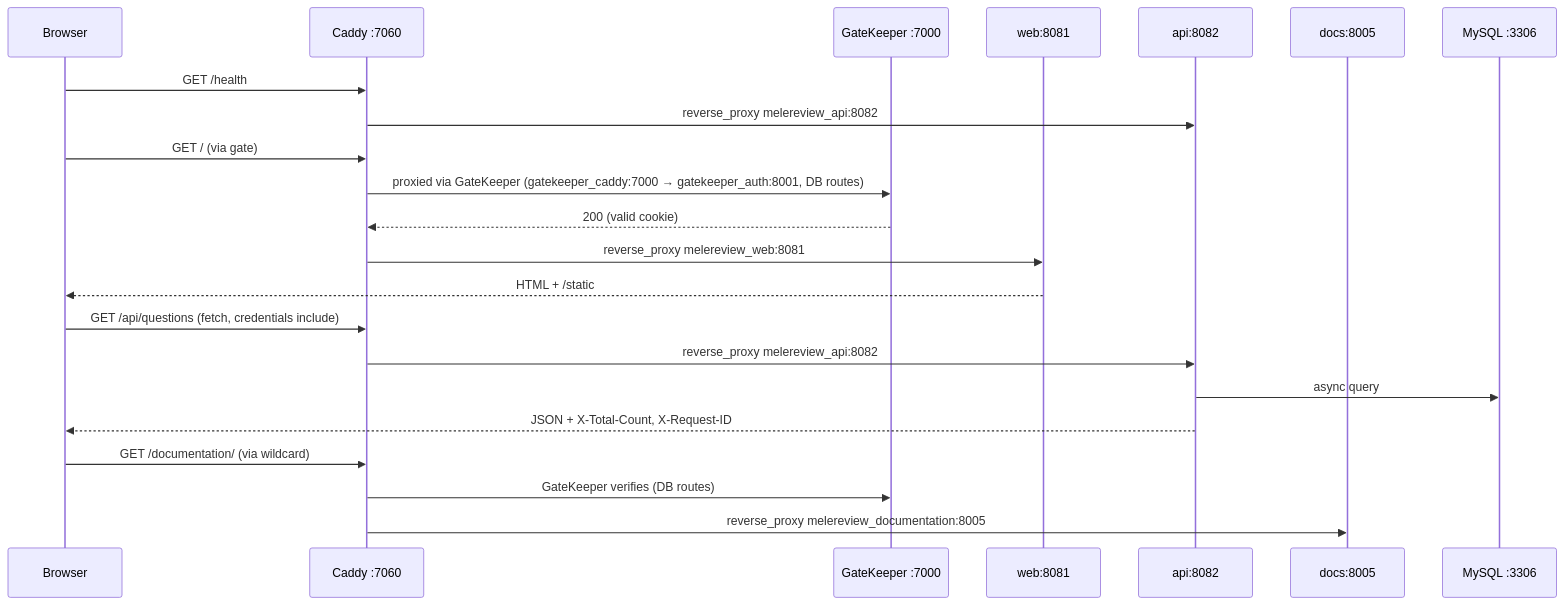
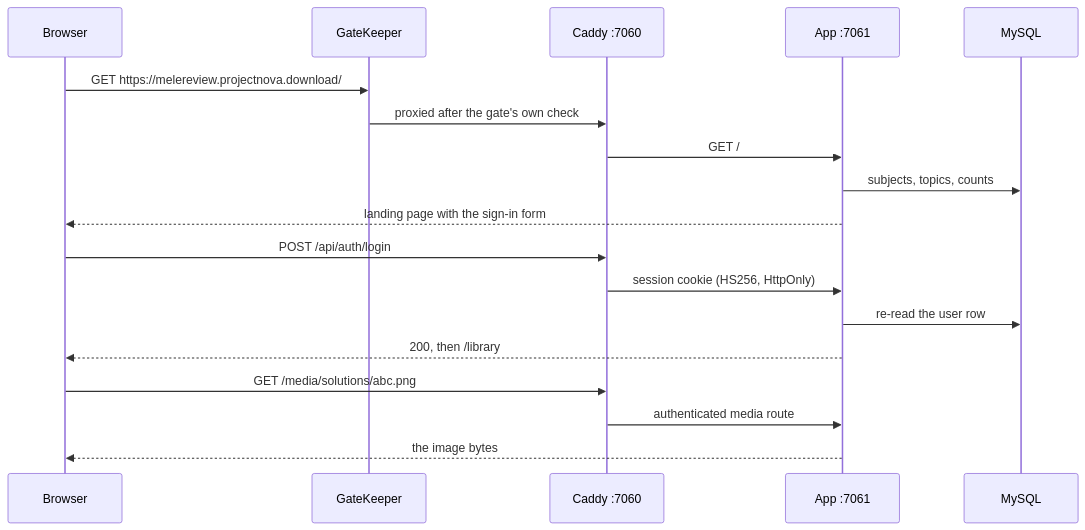
The diagram in documentation/docs/architecture.md (NovaProtocol/MELEReviewSite), drawn with Mermaid before and after one commit. The commit also changed other lines of this file and 209 other files, not shown here.

````diff
--- a/documentation/docs/architecture.md
+++ b/documentation/docs/architecture.md
@@ -17,28 +27,21 @@
 ```mermaid
 sequenceDiagram
- participant B as Browser
- participant C as Caddy :7060
- participant G as GateKeeper :7000
- participant W as web:8081
- participant A as api:8082
- participant D as docs:8005
- participant M as MySQL :3306
+    participant B as Browser
+    participant G as GateKeeper
+    participant C as Caddy :7060
+    participant A as App :7061
+    participant D as MySQL
 
- B->>C: GET /health
- C->>A: reverse_proxy melereview_api:8082
-
- B->>C: GET / (via gate)
- C->>G: proxied via GateKeeper (gatekeeper_caddy:7000 → gatekeeper_auth:8001, DB routes)
- G-->>C: 200 (valid cookie)
- C->>W: reverse_proxy melereview_web:8081
- W-->>B: HTML + /static
-
- B->>C: GET /api/questions (fetch, credentials include)
- C->>A: reverse_proxy melereview_api:8082
- A->>M: async query
- A-->>B: JSON + X-Total-Count, X-Request-ID
-
- B->>C: GET /documentation/ (via wildcard)
- C->>G: GateKeeper verifies (DB routes)
- C->>D: reverse_proxy melereview_documentation:8005
+    B->>G: GET https://melereview.projectnova.download/
+    G->>C: proxied after the gate's own check
+    C->>A: GET /
+    A->>D: subjects, topics, counts
+    A-->>B: landing page with the sign-in form
+    B->>C: POST /api/auth/login
+    C->>A: session cookie (HS256, HttpOnly)
+    A->>D: re-read the user row
+    A-->>B: 200, then /library
+    B->>C: GET /media/solutions/abc.png
+    C->>A: authenticated media route
+    A-->>B: the image bytes
 ```
````
